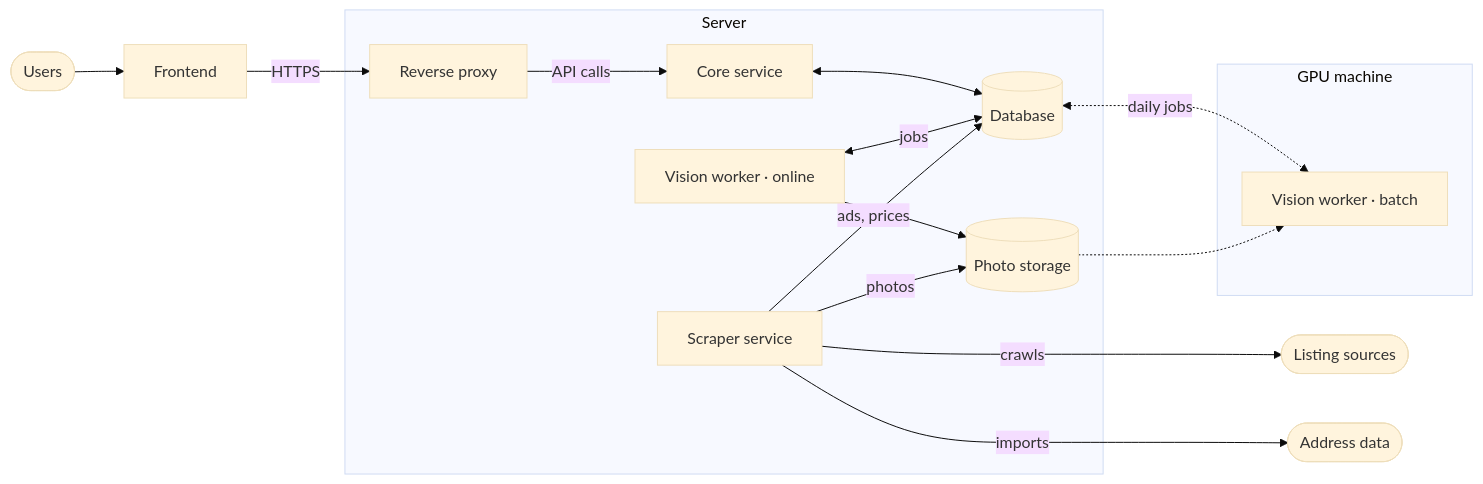
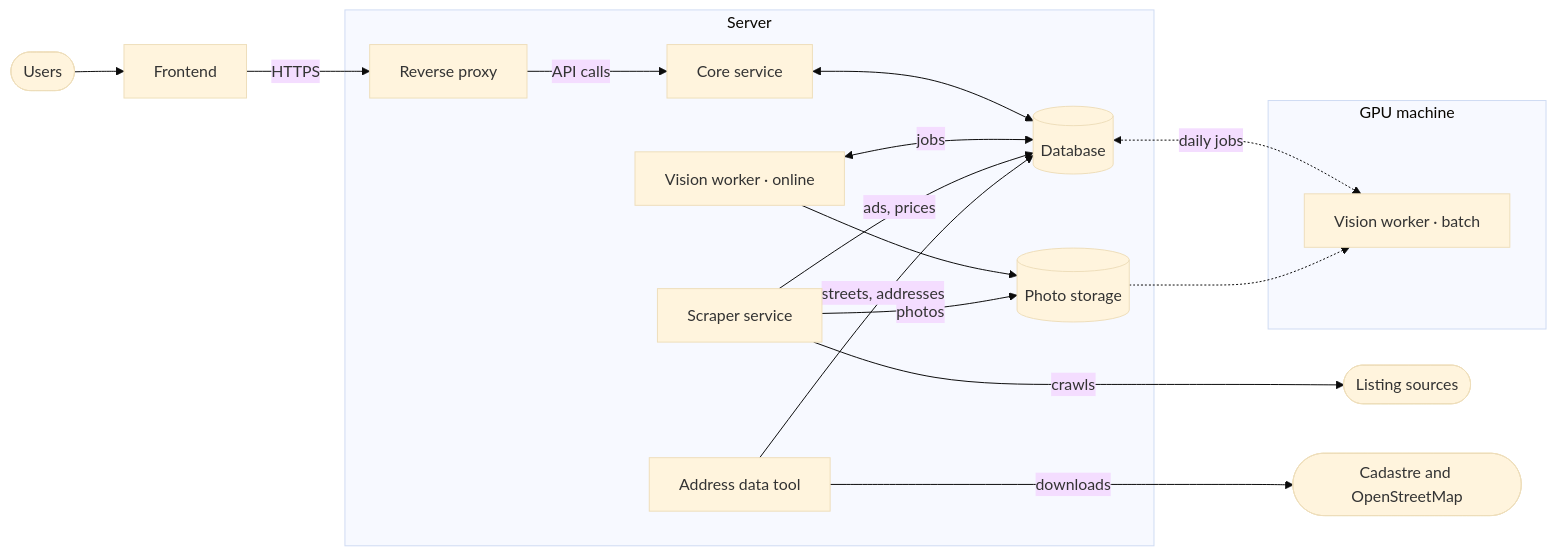
Before and after one commit to mcittkmims/apartment-lens: the diagram in README.md, drawn with Mermaid (base theme). The commit also changed other lines of this file and 30 other files, not shown here.

First line of the commit message:
Add the address-data tool: cadastre and OpenStreetMap in one refresh

````diff
--- a/README.md
+++ b/README.md
@@ -20,34 +20,36 @@
 ```mermaid
 flowchart LR
     users([Users])
     frontend["Frontend"]
 
     subgraph server["Server"]
         proxy["Reverse proxy"]
         core["Core service"]
         vonline["Vision worker · online"]
         scraper["Scraper service"]
+        geodata["Address data tool"]
         db[("Database")]
         store[("Photo storage")]
     end
 
     subgraph gpu["GPU machine"]
         vbatch["Vision worker · batch"]
     end
 
     sources([Listing sources])
-    addresses([Address data])
+    addresses([Cadastre and OpenStreetMap])
 
     users --> frontend
     frontend -->|HTTPS| proxy
     proxy -->|API calls| core
     core <--> db
     vonline <-->|jobs| db
     vonline --> store
     scraper -->|ads, prices| db
     scraper -->|photos| store
     scraper --->|crawls| sources
-    scraper --->|imports| addresses
+    geodata -->|streets, addresses| db
+    geodata --->|downloads| addresses
     db <-.->|daily jobs| vbatch
     store -.-> vbatch
 ```
````
